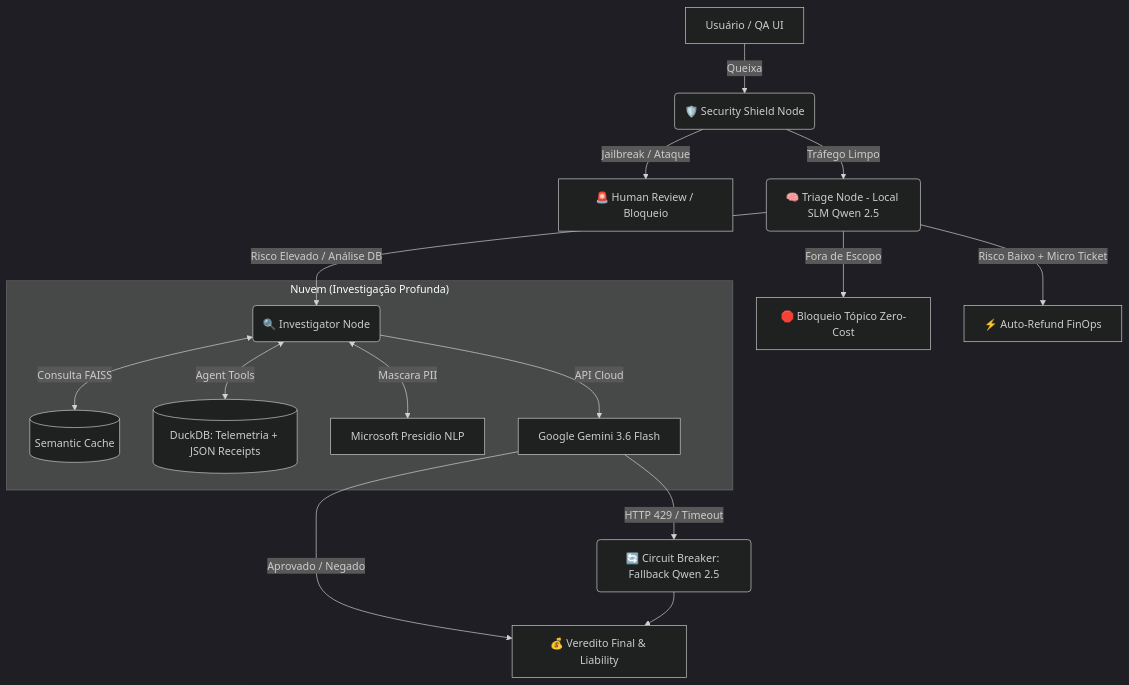
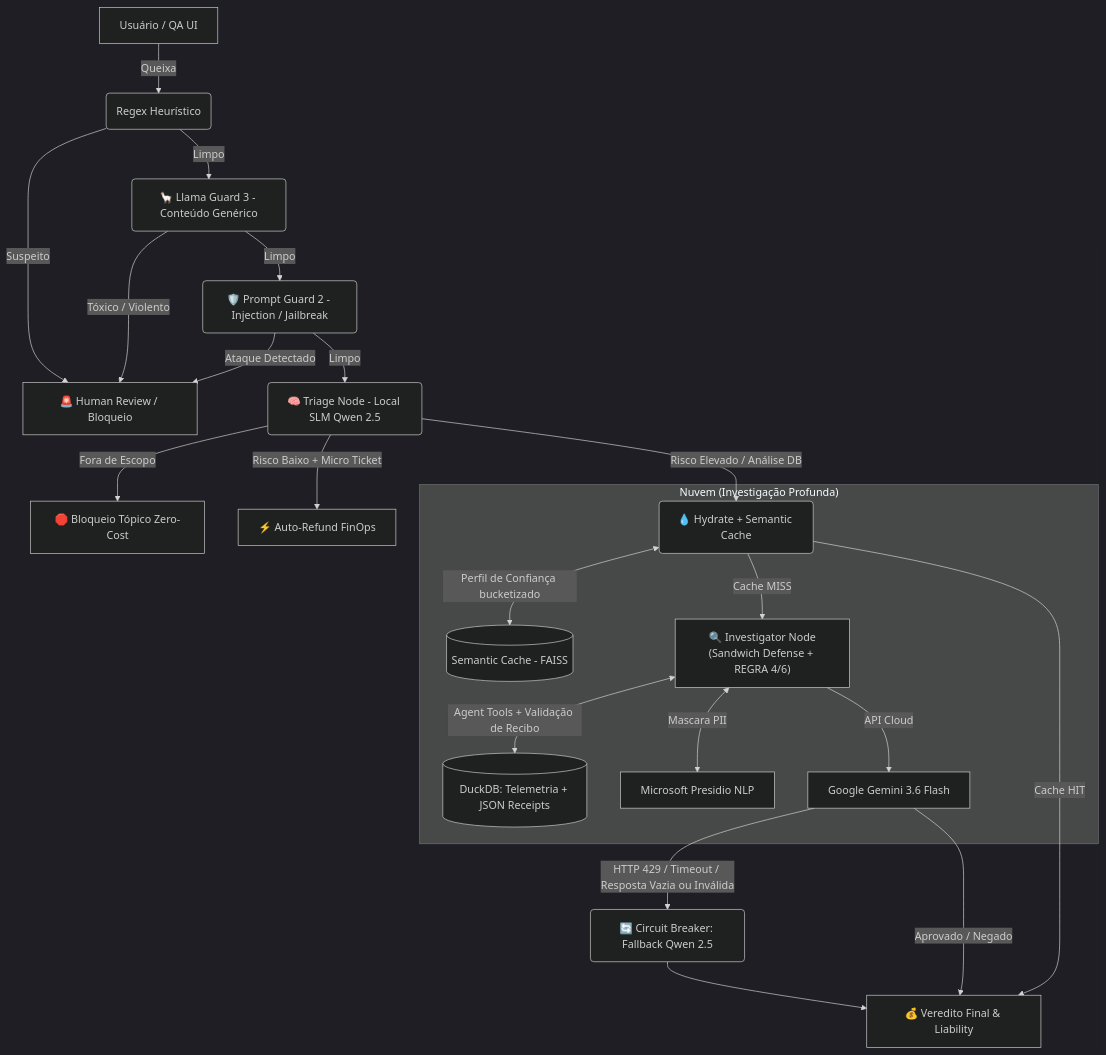
The diagram in README.md (willarakaki/sentinel-ops), drawn with Mermaid (dark theme) before and after one commit. The commit also changed other lines of this file and 18 other files, not shown here.

Commit message:
feat: harden security, cache, Groq fallback, and egress validation

````diff
--- a/README.md
+++ b/README.md
@@ -20,21 +27,27 @@
 ```mermaid
 graph TD
-    A[Usuário / QA UI] -->|Queixa| B(🛡️ Security Shield Node)
-    B -->|Jailbreak / Ataque| C[🚨 Human Review / Bloqueio]
-    B -->|Tráfego Limpo| D(🧠 Triage Node - Local SLM Qwen 2.5)
-    
+    A[Usuário / QA UI] -->|Queixa| SH1(Regex Heurístico)
+    SH1 -->|Suspeito| BLOQ[🚨 Human Review / Bloqueio]
+    SH1 -->|Limpo| SH2(🦙 Llama Guard 3 - Conteúdo Genérico)
+    SH2 -->|Tóxico / Violento| BLOQ
+    SH2 -->|Limpo| SH3(🛡️ Prompt Guard 2 - Injection / Jailbreak)
+    SH3 -->|Ataque Detectado| BLOQ
+    SH3 -->|Limpo| D(🧠 Triage Node - Local SLM Qwen 2.5)
+
     D -->|Fora de Escopo| E[🛑 Bloqueio Tópico Zero-Cost]
     D -->|Risco Baixo + Micro Ticket| F[⚡ Auto-Refund FinOps]
-    D -->|Risco Elevado / Análise DB| G(🔍 Investigator Node)
+    D -->|Risco Elevado / Análise DB| G2(💧 Hydrate + Semantic Cache)
 
     subgraph "Nuvem (Investigação Profunda)"
-        G <-->|Consulta FAISS| H[(Semantic Cache)]
-        G <-->|Agent Tools| I[(DuckDB: Telemetria + JSON Receipts)]
+        G2 <-->|Perfil de Confiança bucketizado| H[(Semantic Cache - FAISS)]
+        G2 -->|Cache MISS| G["🔍 Investigator Node<br/>(Sandwich Defense + REGRA 4/6)"]
+        G <-->|Agent Tools + Validação de Recibo| I[(DuckDB: Telemetria + JSON Receipts)]
         G <-->|Mascara PII| J[Microsoft Presidio NLP]
         G -->|API Cloud| K[Google Gemini 3.6 Flash]
     end
 
-    K -->|HTTP 429 / Timeout| L(🔄 Circuit Breaker: Fallback Qwen 2.5)
+    K -->|HTTP 429 / Timeout / Resposta Vazia ou Inválida| L(🔄 Circuit Breaker: Fallback Qwen 2.5)
     K -->|Aprovado / Negado| M[💰 Veredito Final & Liability]
+    G2 -->|Cache HIT| M
     L --> M
 ```
````
